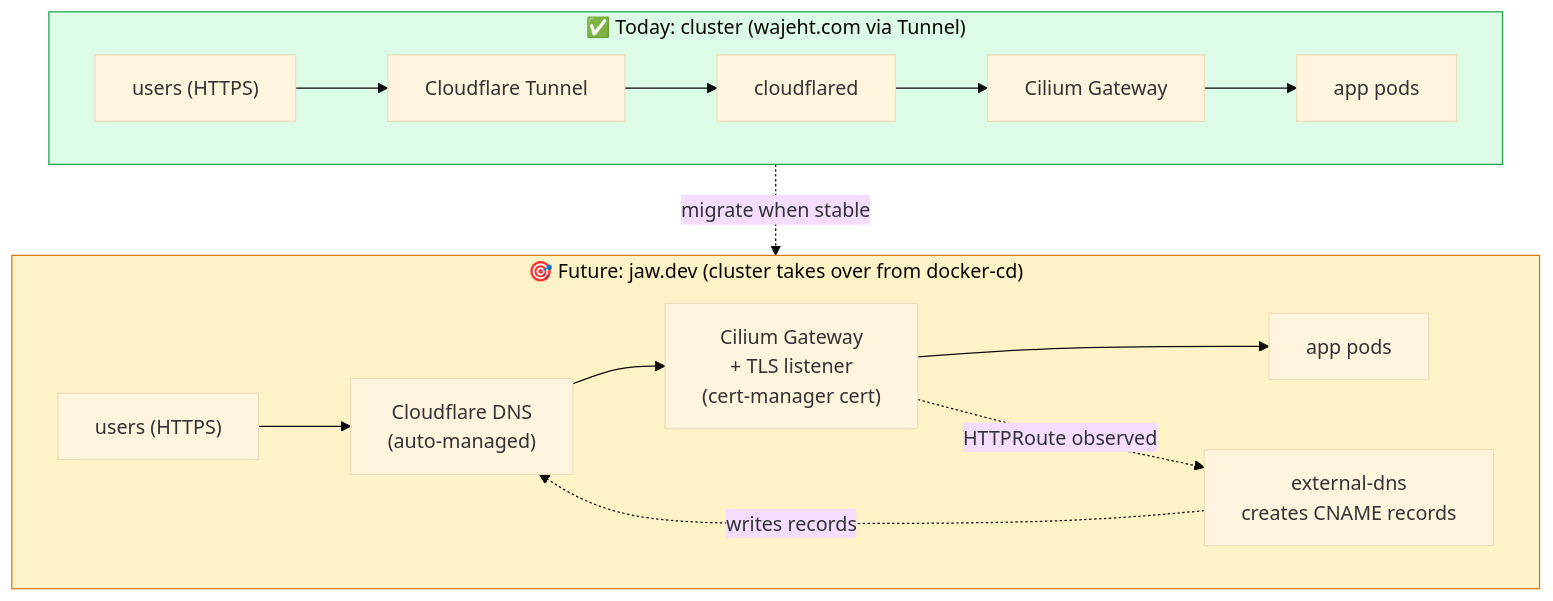
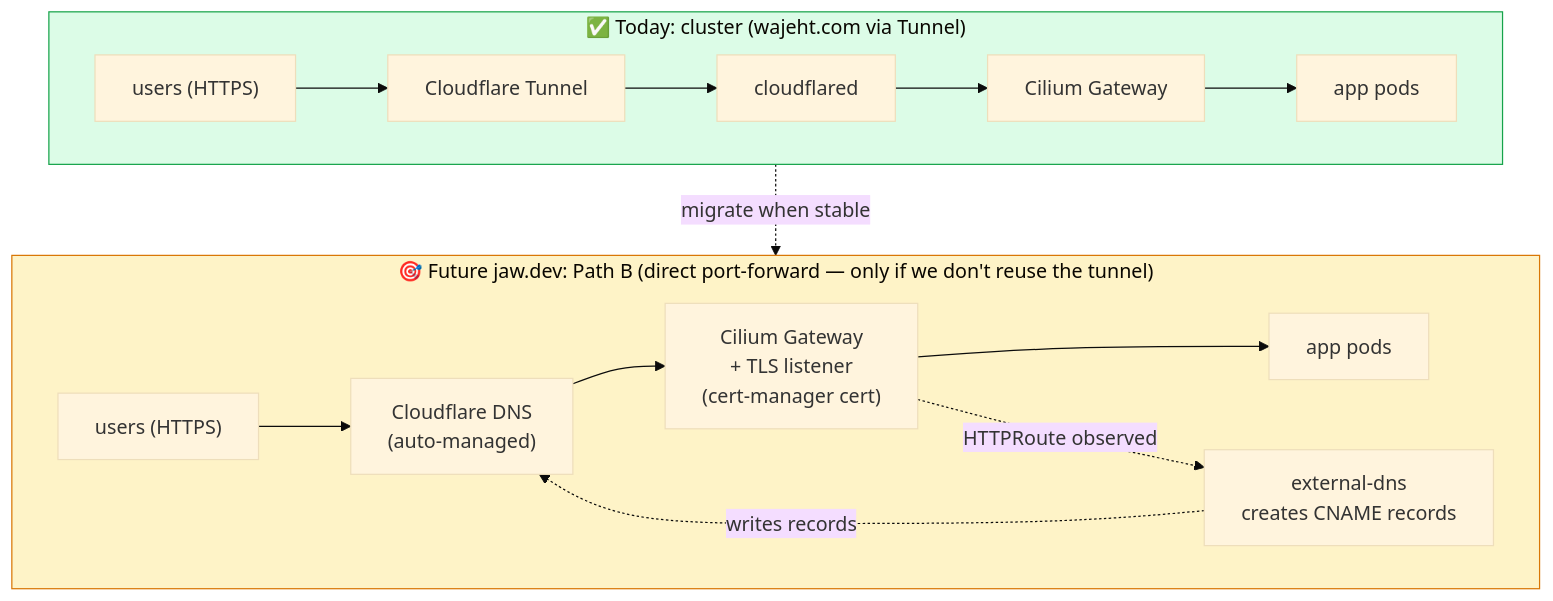
The fifth of 5 diagrams in docs/architecture.md (wajeht/home-ops), drawn with Mermaid (base theme) before and after one commit. The commit also changed other lines of this file and 7 other files, not shown here.

````diff
--- a/docs/architecture.md
+++ b/docs/architecture.md
@@ -199,28 +201,28 @@
 ```mermaid
 flowchart TB
     subgraph current["✅ Today: cluster (wajeht.com via Tunnel)"]
         c_apps["app pods"]
         c_gw["Cilium Gateway"]
         c_cfd["cloudflared"]
         c_cf["Cloudflare Tunnel"]
         c_user["users (HTTPS)"]
         c_user --> c_cf --> c_cfd --> c_gw --> c_apps
     end
 
-    subgraph future["🎯 Future: jaw.dev (cluster takes over from docker-cd)"]
+    subgraph future["🎯 Future jaw.dev: Path B (direct port-forward — only if we don't reuse the tunnel)"]
         f_apps["app pods"]
         f_gw["Cilium Gateway<br/>+ TLS listener<br/>(cert-manager cert)"]
         f_ed["external-dns<br/>creates CNAME records"]
         f_cf["Cloudflare DNS<br/>(auto-managed)"]
         f_user["users (HTTPS)"]
 
         f_user --> f_cf --> f_gw --> f_apps
         f_ed -.->|writes records| f_cf
         f_gw -.->|HTTPRoute observed| f_ed
     end
 
     current -.->|migrate when stable| future
 
     style current fill:#dcfce7,stroke:#16a34a
     style future fill:#fef3c7,stroke:#d97706
 ```
````
